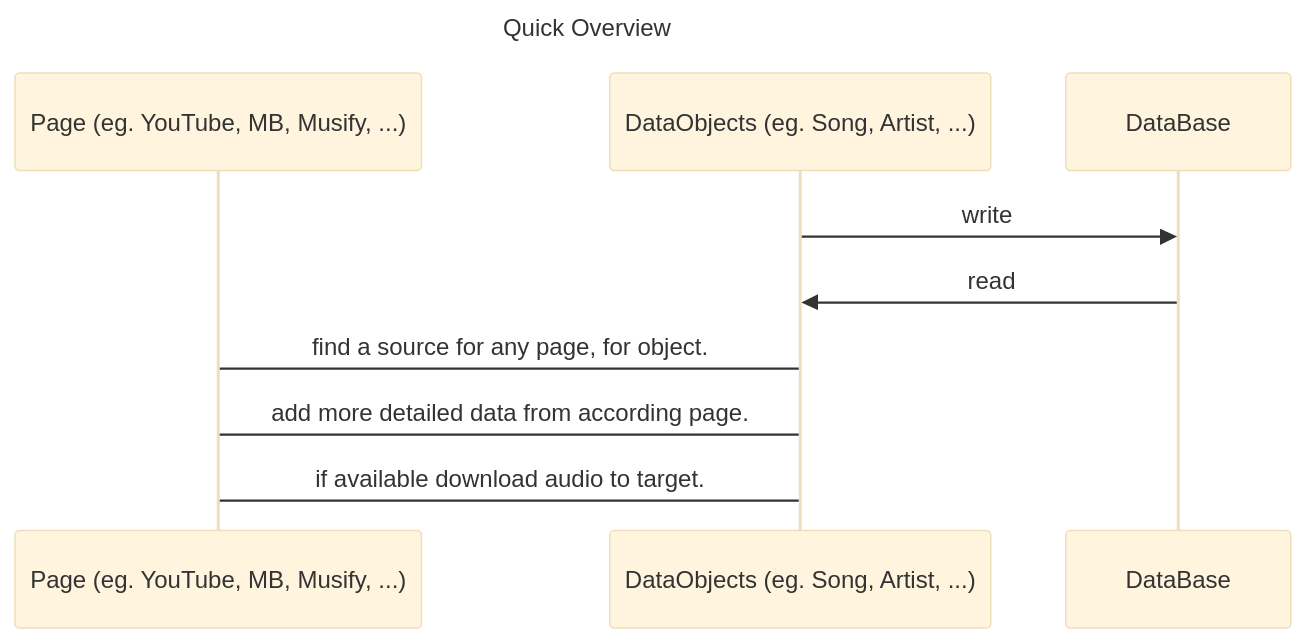
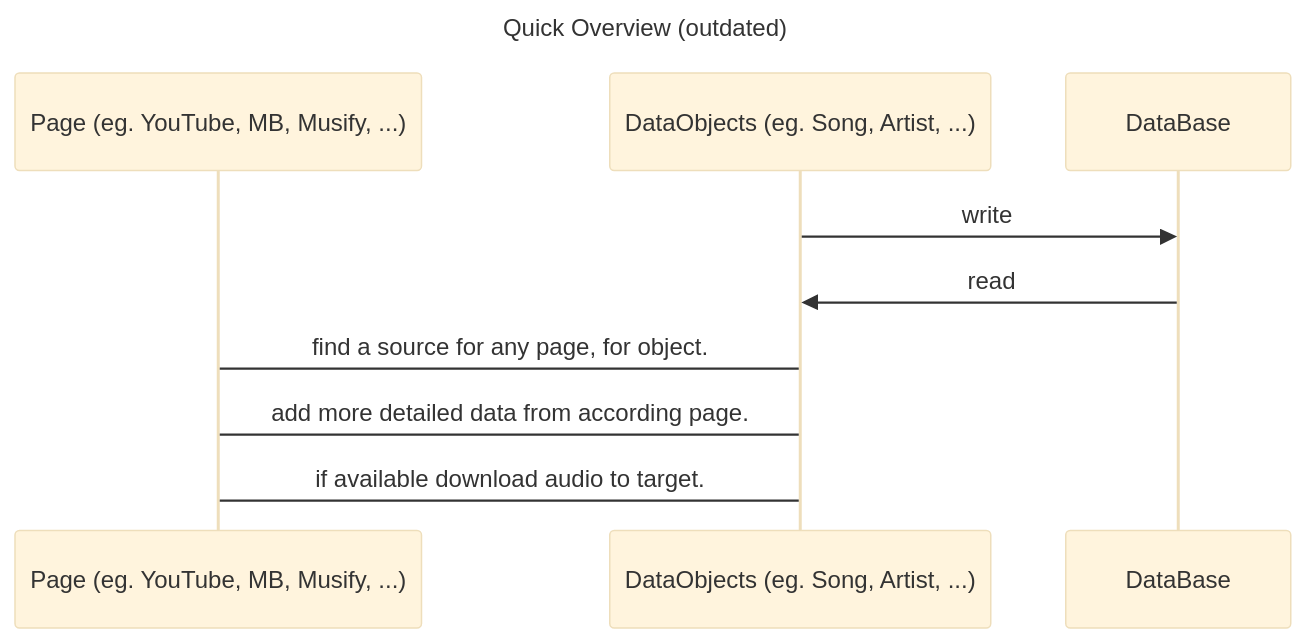
The first of 3 diagrams in README.md (HeIIow2/music-downloader), drawn with Mermaid (base theme) before and after one commit. The commit also changed other lines of this file and 2 other files, not shown here.

````diff
--- a/README.md
+++ b/README.md
@@ -111,17 +113,17 @@
 ```mermaid
 ---
-title: Quick Overview
+title: Quick Overview (outdated)
 ---
 sequenceDiagram
 
 participant pg as Page (eg. YouTube, MB, Musify, ...)
 participant obj as DataObjects (eg. Song, Artist, ...)
 participant db as DataBase
 
 obj ->> db: write
 db ->> obj: read
 
 pg -> obj: find a source for any page, for object.
 obj -> pg: add more detailed data from according page.
 obj -> pg: if available download audio to target.
 ```
````
